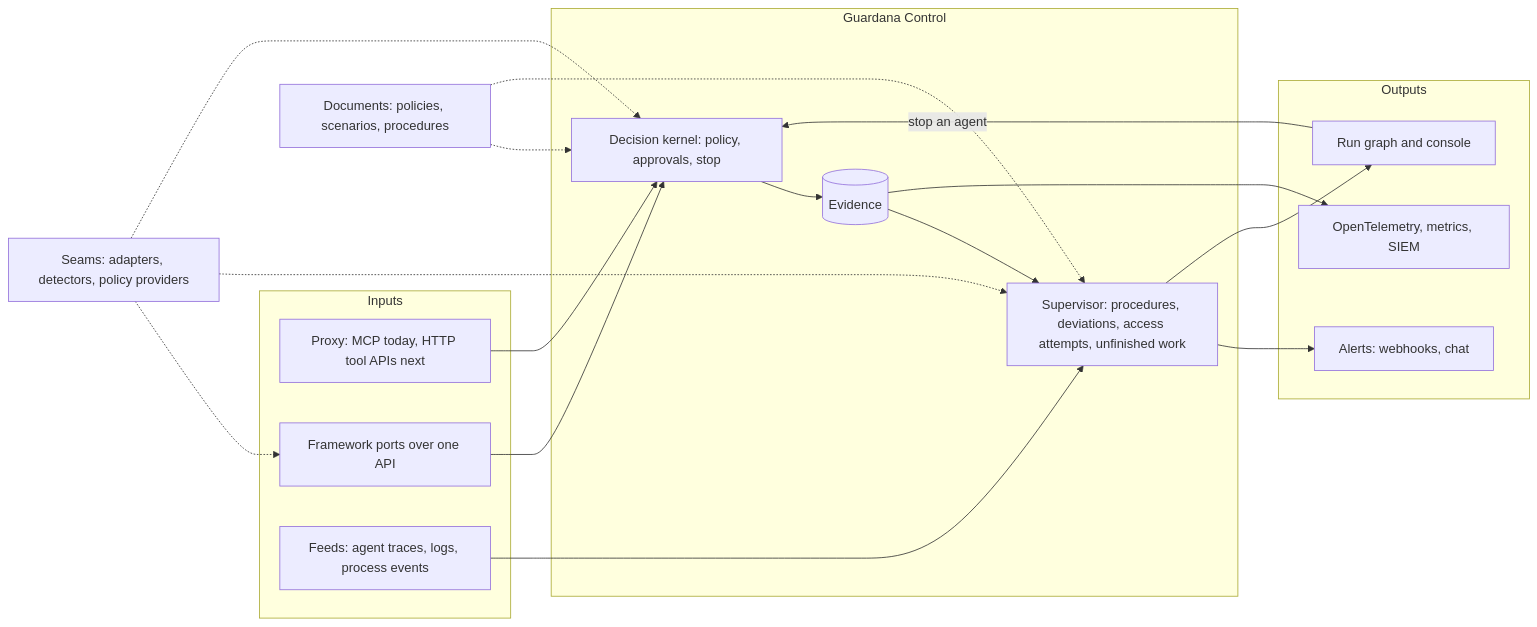
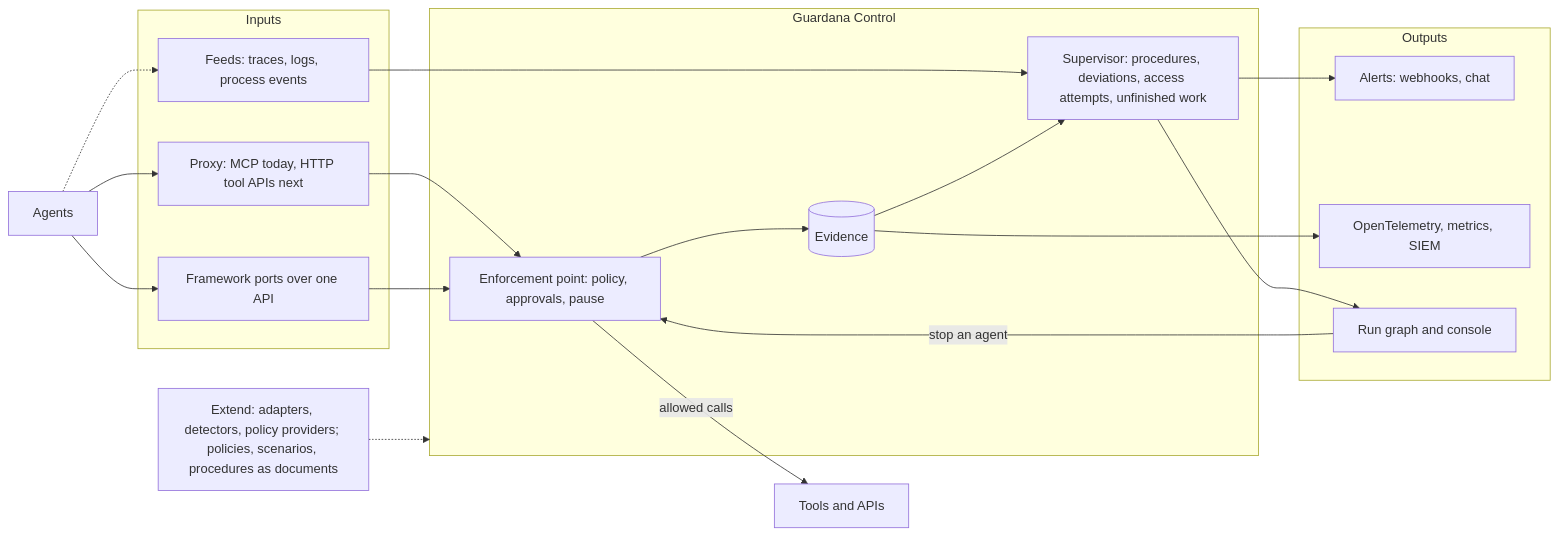
The fourth of 4 diagrams in docs/concepts/architecture.md (guardana/control), drawn with Mermaid before and after one commit. The commit also changed 2 other files, not shown here.

Commit message:
docs: present the repository the way its sibling does
The README now opens as Guardana's does: a centred name and one-line
promise, badges for CI, the security scans, the OpenSSF Scorecard, the
release, the Go version, the licence and the alpha status, and a row of
links to the demo, the docs, the status, the roadmap, releases,
contributing and security. The repository description and topics say
the same, and the bootstrap script holds them.

The target architecture diagrams draw the agents and the tools they
call, so a reader sees where the proxy and the ports stand, and name the
enforcement point as the diagram of today's path does; the pause lives
there, not in the kernel. The architecture page folds its documents and
seams into one node instead of lines that crossed the whole drawing.

````diff
--- a/docs/concepts/architecture.md
+++ b/docs/concepts/architecture.md
@@ -248,34 +248,35 @@
 ```mermaid
 flowchart LR
+    AG[Agents]
     subgraph IN[Inputs]
         PX["Proxy: MCP today, HTTP tool APIs next"]
         PT["Framework ports over one API"]
-        FD["Feeds: agent traces, logs, process events"]
+        FD["Feeds: traces, logs, process events"]
     end
     subgraph CTL[Guardana Control]
-        DK["Decision kernel: policy, approvals, stop"]
+        PEP["Enforcement point: policy, approvals, pause"]
         SV["Supervisor: procedures, deviations, access attempts, unfinished work"]
         EV[(Evidence)]
     end
     subgraph OUT[Outputs]
         AL["Alerts: webhooks, chat"]
         EX["OpenTelemetry, metrics, SIEM"]
-        GR["Run graph and console"]
+        GR[Run graph and console]
     end
-    DOC["Documents: policies, scenarios, procedures"]
-    SEAM["Seams: adapters, detectors, policy providers"]
-    PX --> DK
-    PT --> DK
+    TL[Tools and APIs]
+    XT["Extend: adapters, detectors, policy providers; policies, scenarios, procedures as documents"]
+    AG --> PX
+    AG --> PT
+    AG -.-> FD
+    PX --> PEP
+    PT --> PEP
+    PEP -->|allowed calls| TL
     FD --> SV
-    DK --> EV
+    PEP --> EV
     EV --> SV
     SV --> AL
     EV --> EX
     SV --> GR
-    GR -->|stop an agent| DK
-    DOC -.-> DK
-    DOC -.-> SV
-    SEAM -.-> PT
-    SEAM -.-> SV
-    SEAM -.-> DK
+    GR -->|stop an agent| PEP
+    XT -.-> CTL
 ```
````
